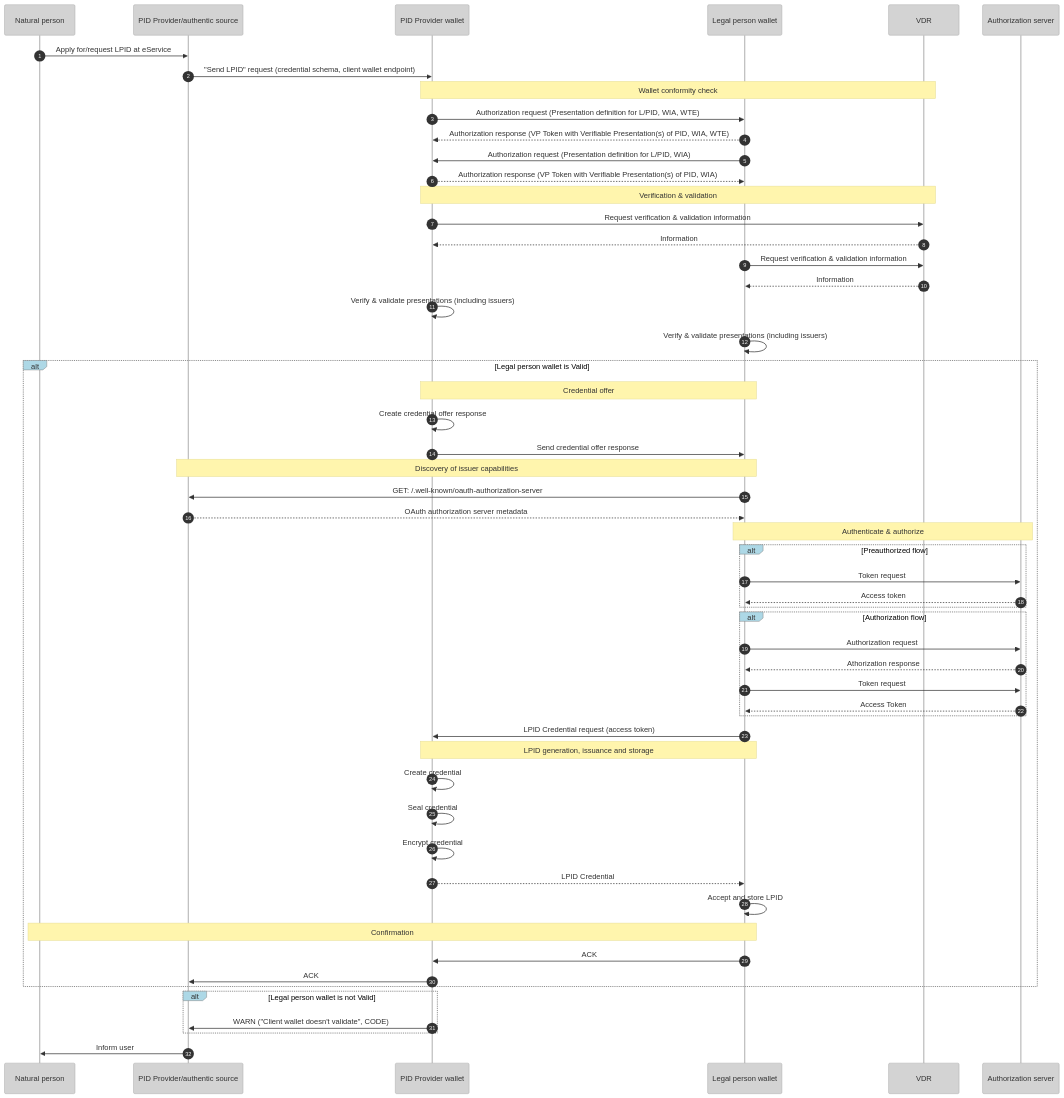
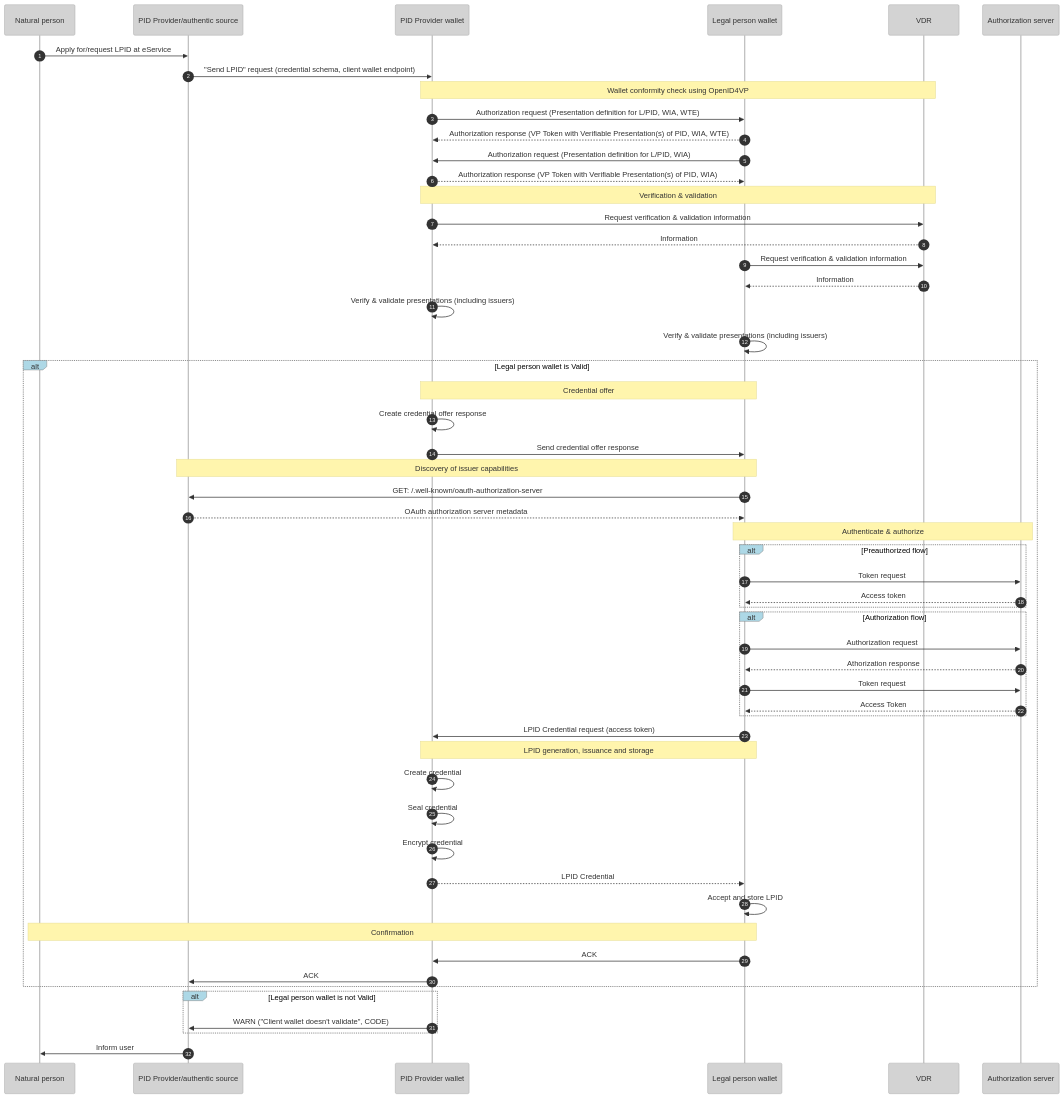
One commit to EWC-consortium/eudi-wallet-rfcs changed the diagram in ewc-rfc005-issue-legal-person-identification-data.md. Above: the diagram before and after it, drawn with Mermaid. The commit also changed other lines of this file, not shown here.

````diff
--- a/ewc-rfc005-issue-legal-person-identification-data.md
+++ b/ewc-rfc005-issue-legal-person-identification-data.md
@@ -117,78 +85,78 @@
 ```mermaid
 ---
 config:
   theme: base
   themeVariables:
     actorBkg: "lightgrey"
     actorBorder: "darkgrey"
     loopTextColor: "black"
     labelBoxBkgColor: "lightblue"
     labelBoxBorderColor: "grey"
 ---
 
 sequenceDiagram
 
     autonumber
     participant NP as Natural person
     participant PP as PID Provider/authentic source
     participant PPW as PID Provider wallet
 	participant CW as Legal person wallet
     participant VDR 
     participant AS as Authorization server
     
     
     NP->>PP: Apply for/request LPID at eService
     PP->>PPW: "Send LPID" request (credential schema, client wallet endpoint)
     
-    Note over PPW,VDR: Wallet conformity check
+    Note over PPW,VDR: Wallet conformity check using OpenID4VP
     PPW->>CW: Authorization request (Presentation definition for L/PID, WIA, WTE)
     CW-->>PPW: Authorization response (VP Token with Verifiable Presentation(s) of PID, WIA, WTE)
     CW->>PPW: Authorization request (Presentation definition for L/PID, WIA)
     PPW-->>CW: Authorization response (VP Token with Verifiable Presentation(s) of PID, WIA)
    
     Note over PPW,VDR: Verification & validation
     PPW->>VDR: Request verification & validation information
     VDR-->>PPW: Information
     CW->>VDR: Request verification & validation information
     VDR-->>CW: Information
     PPW->>PPW: Verify & validate presentations (including issuers)
     CW->>CW: Verify & validate presentations (including issuers)
     
     alt Legal person wallet is Valid
     Note over PPW, CW: Credential offer
     PPW->>PPW: Create credential offer response
     PPW->>CW: Send credential offer response
        
     Note over CW,PP: Discovery of issuer capabilities
     CW->>PP: GET: /.well-known/oauth-authorization-server
     PP-->>CW: OAuth authorization server metadata
 
     Note over CW, AS: Authenticate & authorize
     alt Preauthorized flow
     CW->>AS: Token request
     AS-->>CW: Access token
     end
     alt Authorization flow
     CW->>AS: Authorization request
     AS-->>CW: Athorization response
     CW->>AS: Token request
     AS-->>CW: Access Token
     end
     CW->>PPW: LPID Credential request (access token)
     
     Note over PPW, CW: LPID generation, issuance and storage
     PPW->>PPW: Create credential
     PPW->>PPW: Seal credential
     PPW->>PPW: Encrypt credential
     PPW-->>CW: LPID Credential
     CW->>CW: Accept and store LPID
     
     Note over CW, NP: Confirmation
     CW->>PPW: ACK
     PPW->>PP: ACK
     end
     alt Legal person wallet is not Valid
     PPW->>PP: WARN ("Client wallet doesn't validate", CODE)
     end
     PP->>NP: Inform user
 ```
````
